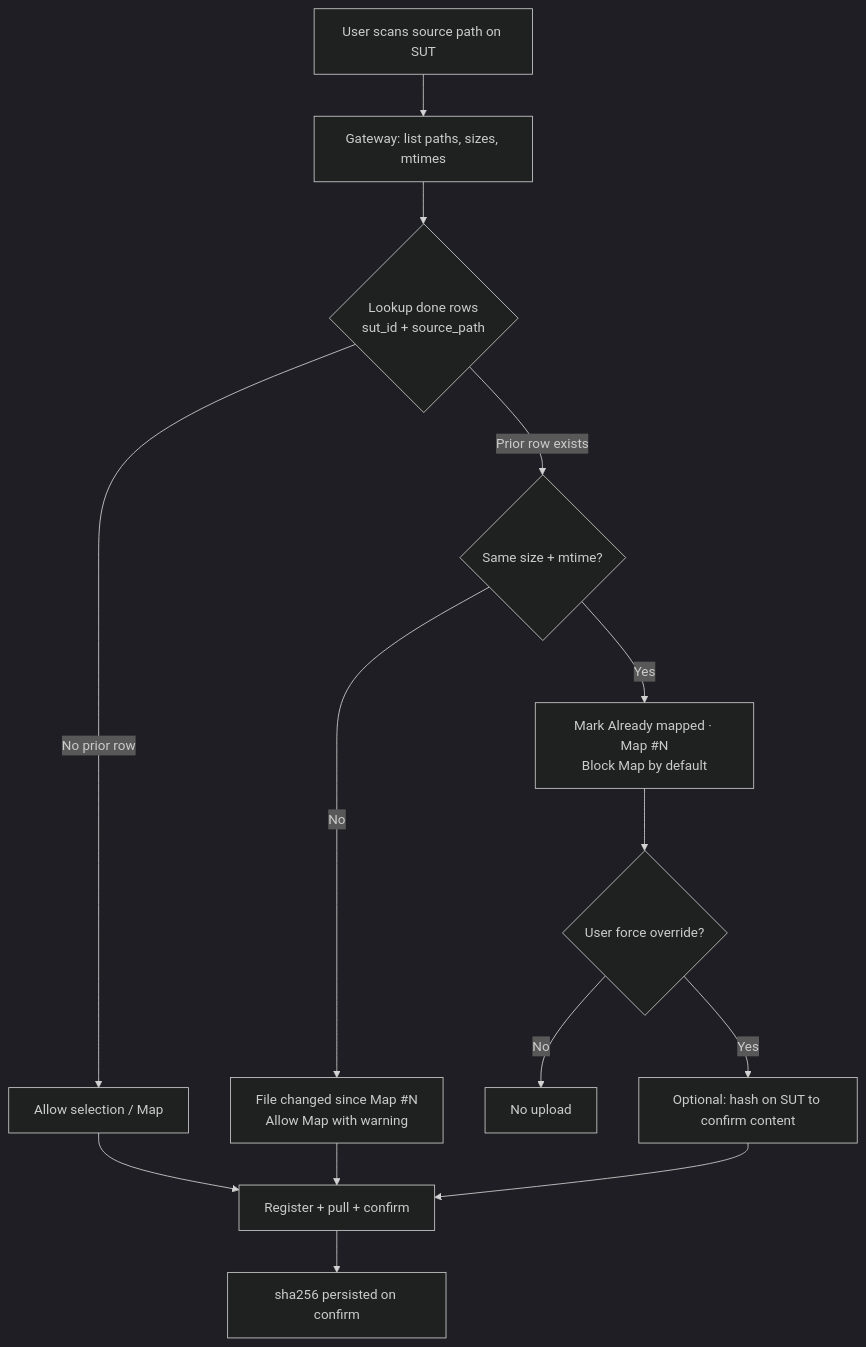
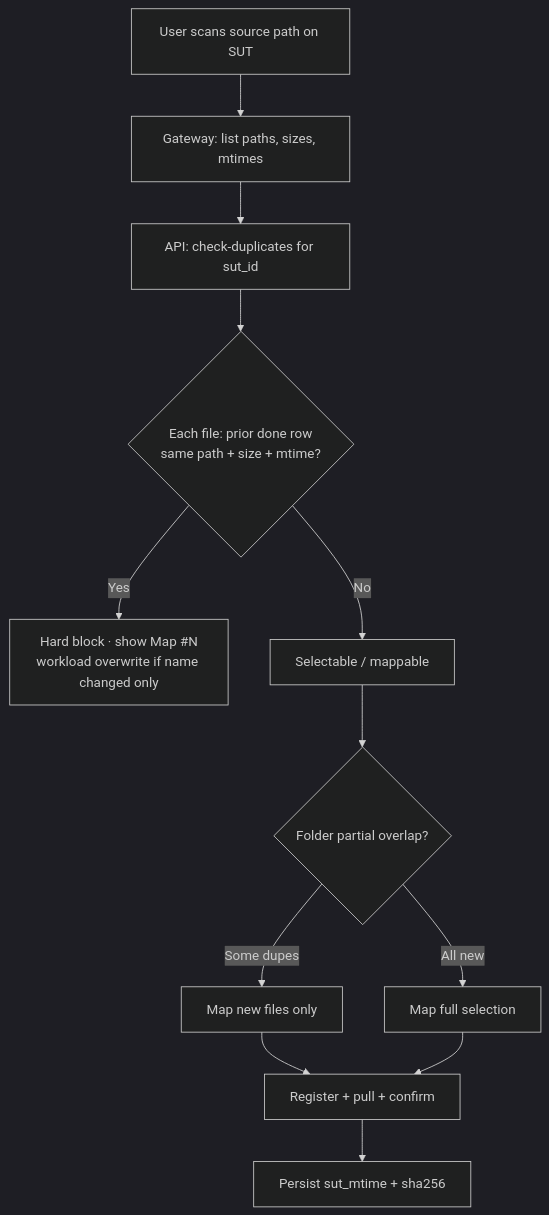
The diagram in docs/learning/personal/map-runs-duplicate-upload-prevention.md (sumit87dgp/train-of-thoughts), drawn with Mermaid (dark theme) before and after one commit. The commit also changed other lines of this file, not shown here.

````diff
--- a/docs/learning/personal/map-runs-duplicate-upload-prevention.md
+++ b/docs/learning/personal/map-runs-duplicate-upload-prevention.md
@@ -390,16 +461,14 @@
 ```mermaid
 flowchart TD
     A[User scans source path on SUT] --> B[Gateway: list paths, sizes, mtimes]
-    B --> C{Lookup done rows<br/>sut_id + source_path}
-    C -->|No prior row| D[Allow selection / Map]
-    C -->|Prior row exists| E{Same size + mtime?}
-    E -->|Yes| F[Mark Already mapped · Map #N<br/>Block Map by default]
-    E -->|No| G[File changed since Map #N<br/>Allow Map with warning]
-    F --> H{User force override?}
-    H -->|No| I[No upload]
-    H -->|Yes| J[Optional: hash on SUT to confirm content]
-    D --> K[Register + pull + confirm]
-    G --> K
-    J --> K
-    K --> L[sha256 persisted on confirm]
+    B --> C[API: check-duplicates for sut_id]
+    C --> D{Each file: prior done row<br/>same path + size + mtime?}
+    D -->|Yes| E[Hard block · show Map #N<br/>workload overwrite if name changed only]
+    D -->|No| F[Selectable / mappable]
+    F --> G{Folder partial overlap?}
+    G -->|Some dupes| H[Map new files only]
+    G -->|All new| I[Map full selection]
+    H --> J[Register + pull + confirm]
+    I --> J
+    J --> K[Persist sut_mtime + sha256]
 ```
````
